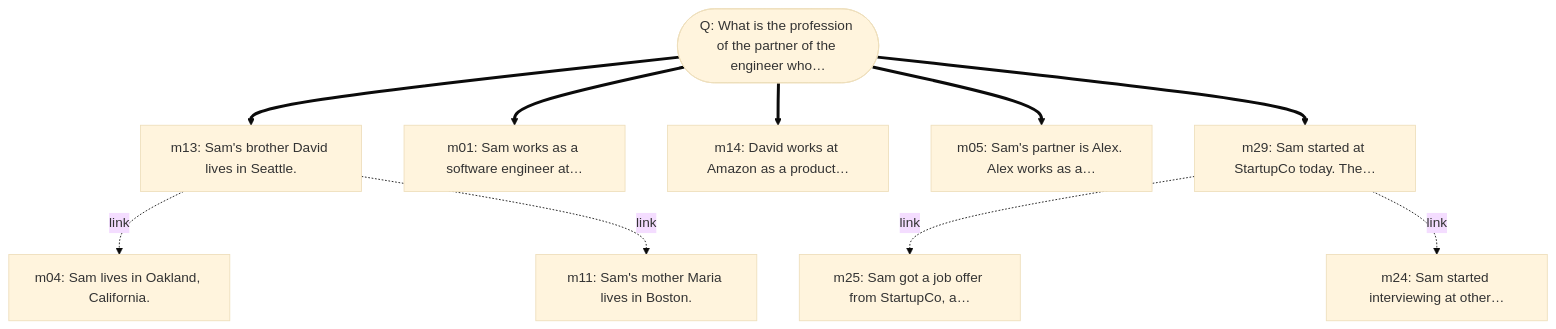
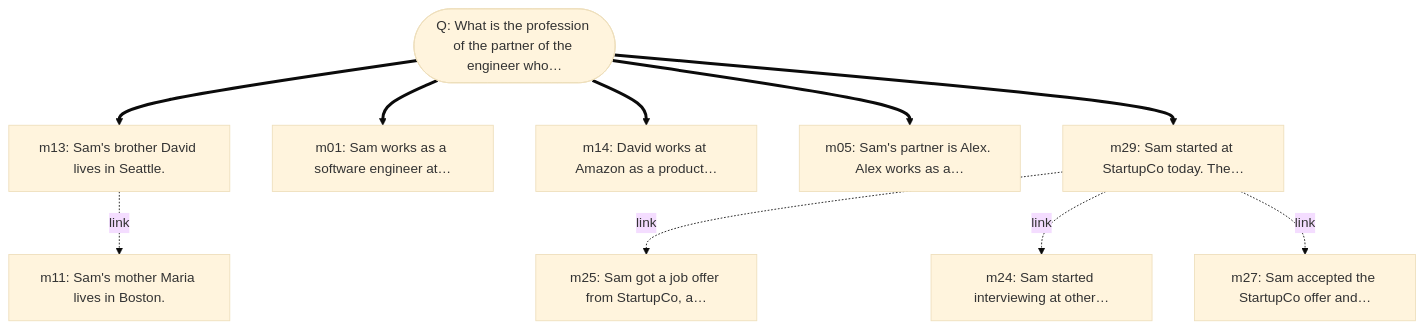
The ninth of 22 diagrams in results/comparison/amem/traces.md (pandazxx/a-mem-reproduction), drawn with Mermaid (base theme) before and after one commit. The commit also changed other lines of this file and 64 other files, not shown here.

````diff
--- a/results/comparison/amem/traces.md
+++ b/results/comparison/amem/traces.md
@@ -235,22 +229,22 @@
 ```mermaid
 graph TD
     Q(["Q: What is the profession of the partner of the engineer who…"])
     m13["m13: Sam's brother David lives in Seattle."]
     Q ==> m13
     m01["m01: Sam works as a software engineer at…"]
     Q ==> m01
     m14["m14: David works at Amazon as a product…"]
     Q ==> m14
     m05["m05: Sam's partner is Alex. Alex works as a…"]
     Q ==> m05
     m29["m29: Sam started at StartupCo today. The…"]
     Q ==> m29
-    m04["m04: Sam lives in Oakland, California."]
-    m13 -.->|link| m04
     m11["m11: Sam's mother Maria lives in Boston."]
     m13 -.->|link| m11
     m25["m25: Sam got a job offer from StartupCo, a…"]
     m29 -.->|link| m25
     m24["m24: Sam started interviewing at other…"]
     m29 -.->|link| m24
+    m27["m27: Sam accepted the StartupCo offer and…"]
+    m29 -.->|link| m27
 ```
````
